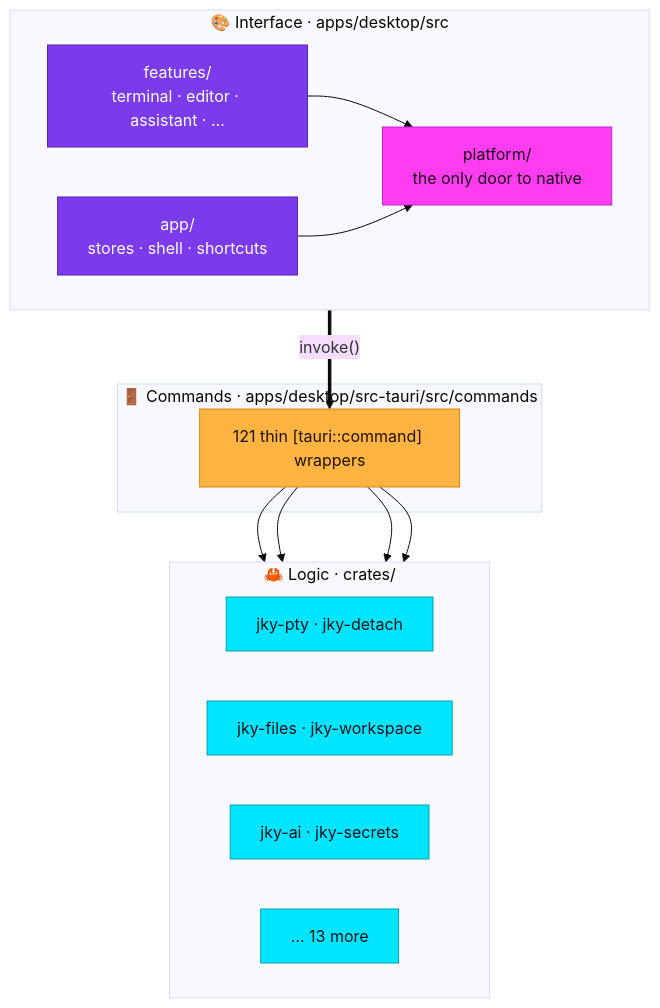
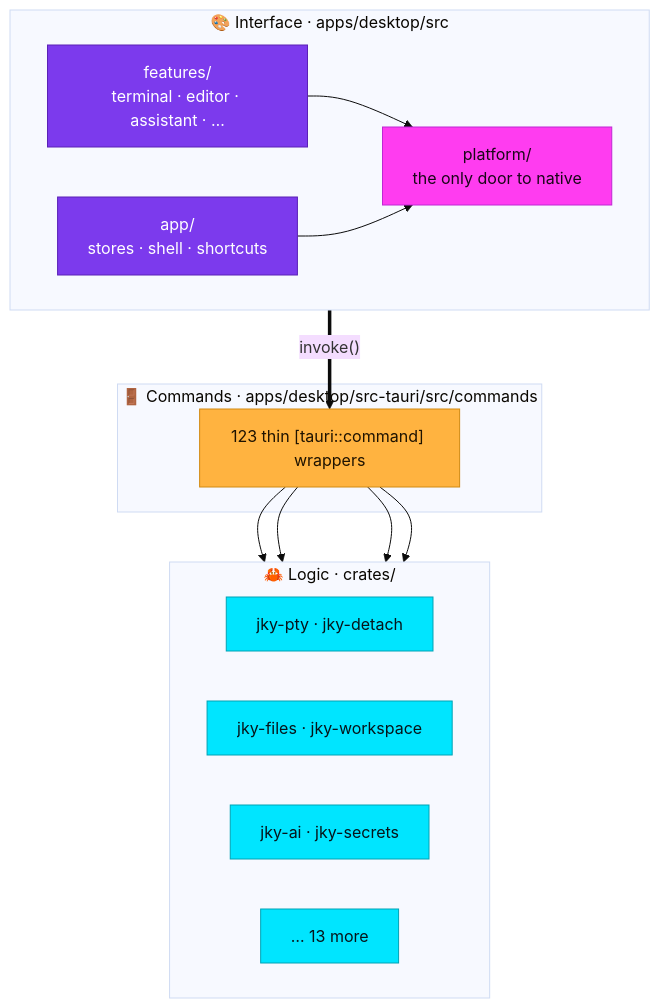
The first of 5 diagrams in docs/architecture.md (kartikeyajay2006/jky-terminal), drawn with Mermaid (base theme) before and after one commit. The commit also changed other lines of this file and 7 other files, not shown here.

````diff
--- a/docs/architecture.md
+++ b/docs/architecture.md
@@ -28,28 +28,28 @@
 ```mermaid
 flowchart TB
     subgraph UI["🎨 Interface · apps/desktop/src"]
         direction LR
         F[features/<br/>terminal · editor · assistant · …]:::violet
         S[app/<br/>stores · shell · shortcuts]:::violet
         P[platform/<br/>the only door to native]:::magenta
         F --> P
         S --> P
     end
     subgraph IPC["🚪 Commands · apps/desktop/src-tauri/src/commands"]
-        C[121 thin #91;tauri::command#93; wrappers]:::amber
+        C[123 thin #91;tauri::command#93; wrappers]:::amber
     end
     subgraph CORE["🦀 Logic · crates/"]
         direction LR
         K1[jky-pty · jky-detach]:::cyan
         K2[jky-files · jky-workspace]:::cyan
         K3[jky-ai · jky-secrets]:::cyan
         K4[… 13 more]:::cyan
     end
     P == "invoke()" ==> C
     C --> K1 & K2 & K3 & K4
 
     classDef cyan fill:#00e5ff,stroke:#00a3b5,color:#06141a
     classDef amber fill:#ffb340,stroke:#d18a12,color:#1f1300
     classDef violet fill:#7c3aed,stroke:#5b21b6,color:#ffffff
     classDef magenta fill:#ff3cf0,stroke:#c026d3,color:#1a0618
 ```
````
